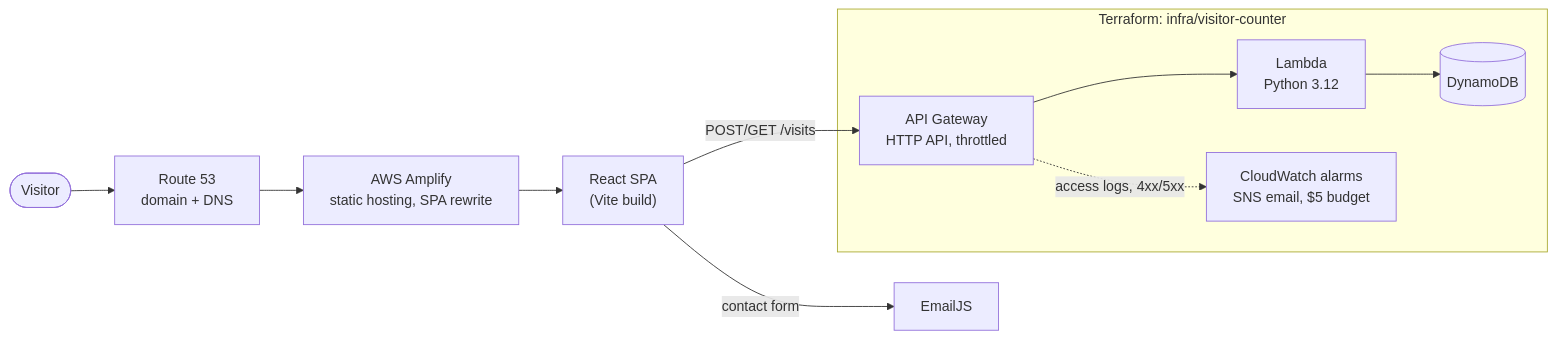
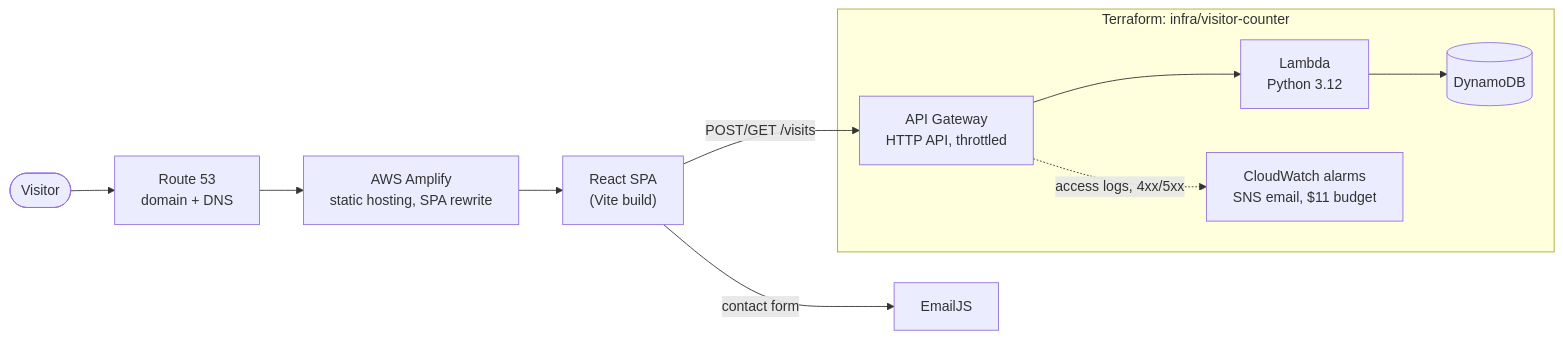
Before and after one commit to m100dev/WebPortfolio: the diagram in README.md, drawn with Mermaid. The commit also changed 4 other files, not shown here.

````diff
--- a/README.md
+++ b/README.md
@@ -21,12 +21,12 @@
 ```mermaid
 flowchart LR
   user([Visitor]) --> r53["Route 53<br/>domain + DNS"]
   r53 --> amp["AWS Amplify<br/>static hosting, SPA rewrite"]
   amp --> spa["React SPA<br/>(Vite build)"]
   spa -->|POST/GET /visits| apigw["API Gateway<br/>HTTP API, throttled"]
   spa -->|contact form| emailjs["EmailJS"]
   subgraph tf ["Terraform: infra/visitor-counter"]
     apigw --> lambda["Lambda<br/>Python 3.12"] --> ddb[("DynamoDB")]
-    apigw -.->|access logs, 4xx/5xx| alerts["CloudWatch alarms<br/>SNS email, $5 budget"]
+    apigw -.->|access logs, 4xx/5xx| alerts["CloudWatch alarms<br/>SNS email, $11 budget"]
   end
 ```
````
